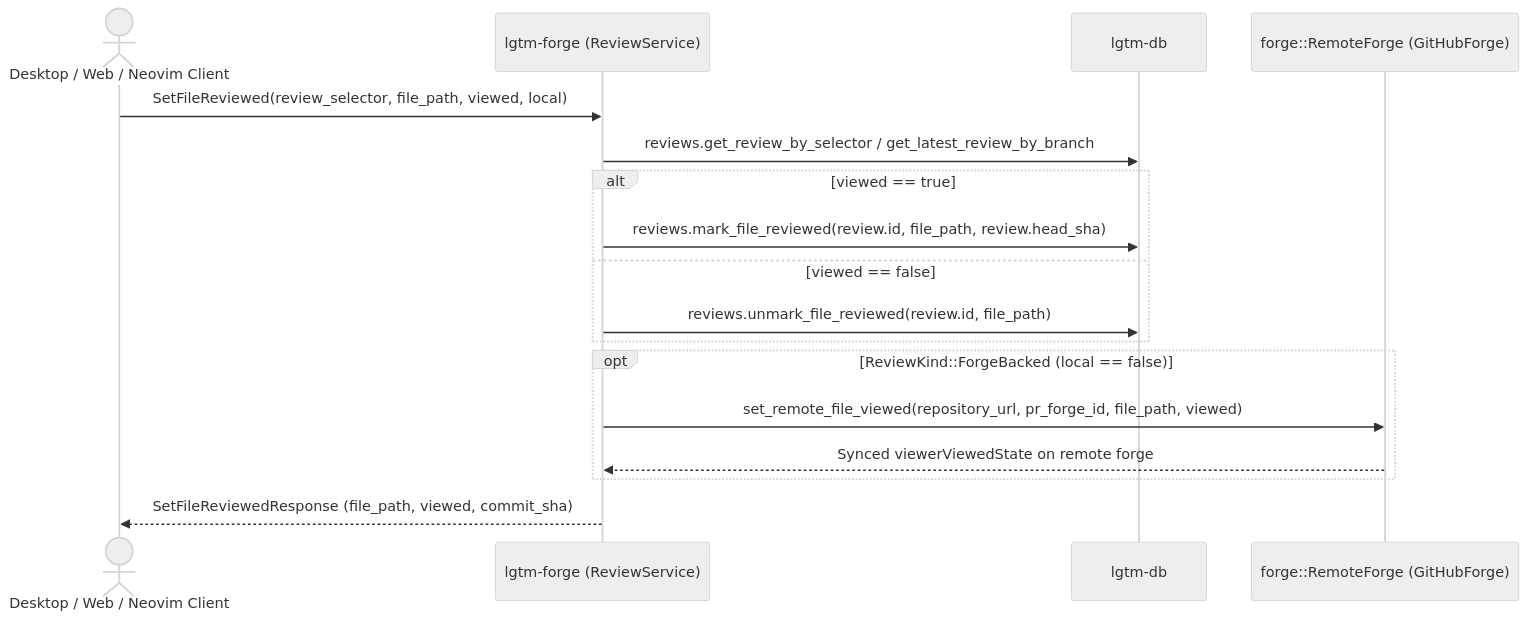
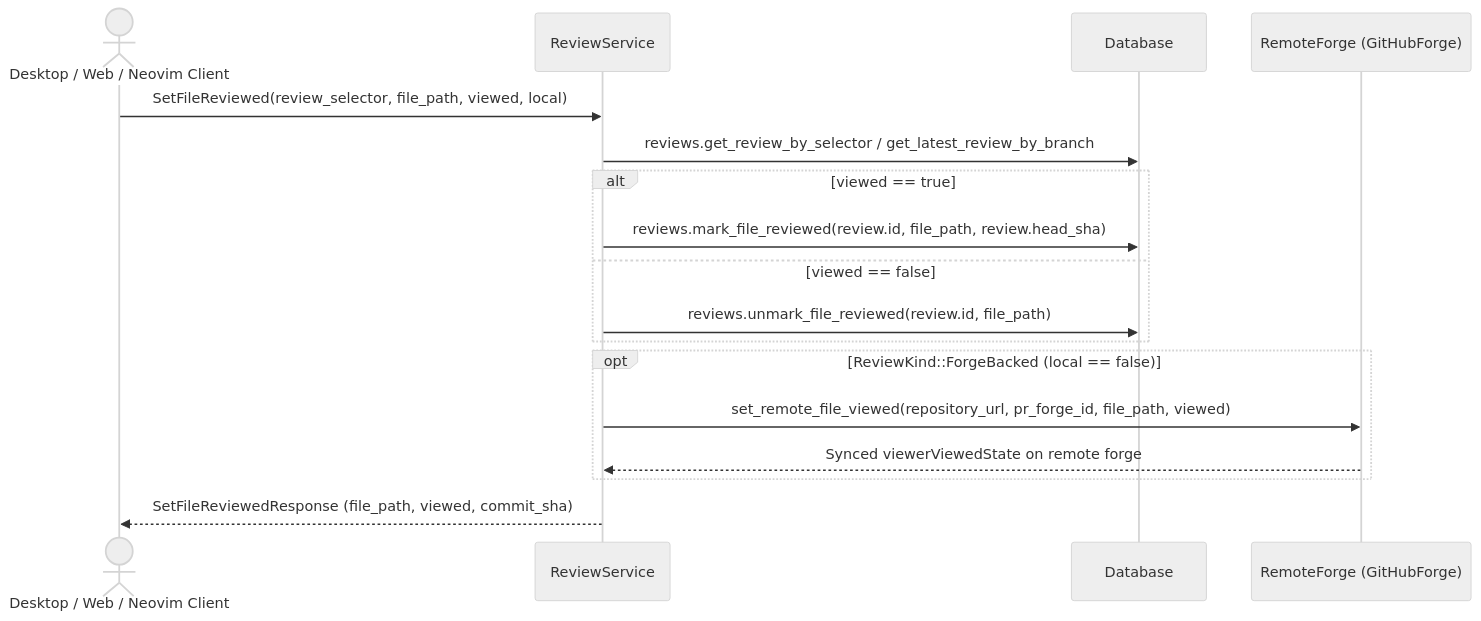
One commit to difflab-io/lgtm changed the seventh of 11 diagrams in docs/architecture/forge/index.md. Above: the diagram before and after it, drawn with Mermaid (neutral theme). The commit also changed other lines of this file and 26 other files, not shown here.

````diff
--- a/docs/architecture/forge/index.md
+++ b/docs/architecture/forge/index.md
@@ -419,20 +399,20 @@
 ```mermaid
 sequenceDiagram
     actor Caller as Desktop / Web / Neovim Client
-    participant Service as lgtm-forge (ReviewService)
-    participant DB as lgtm-db
-    participant Remote as forge::RemoteForge (GitHubForge)
+    participant Service as ReviewService
+    participant DB as Database
+    participant Remote as RemoteForge (GitHubForge)
 
     Caller->>Service: SetFileReviewed(review_selector, file_path, viewed, local)
     Service->>DB: reviews.get_review_by_selector / get_latest_review_by_branch
     alt viewed == true
         Service->>DB: reviews.mark_file_reviewed(review.id, file_path, review.head_sha)
     else viewed == false
         Service->>DB: reviews.unmark_file_reviewed(review.id, file_path)
     end
     opt ReviewKind::ForgeBacked (local == false)
         Service->>Remote: set_remote_file_viewed(repository_url, pr_forge_id, file_path, viewed)
         Remote-->>Service: Synced viewerViewedState on remote forge
     end
     Service-->>Caller: SetFileReviewedResponse (file_path, viewed, commit_sha)
 ```
````
